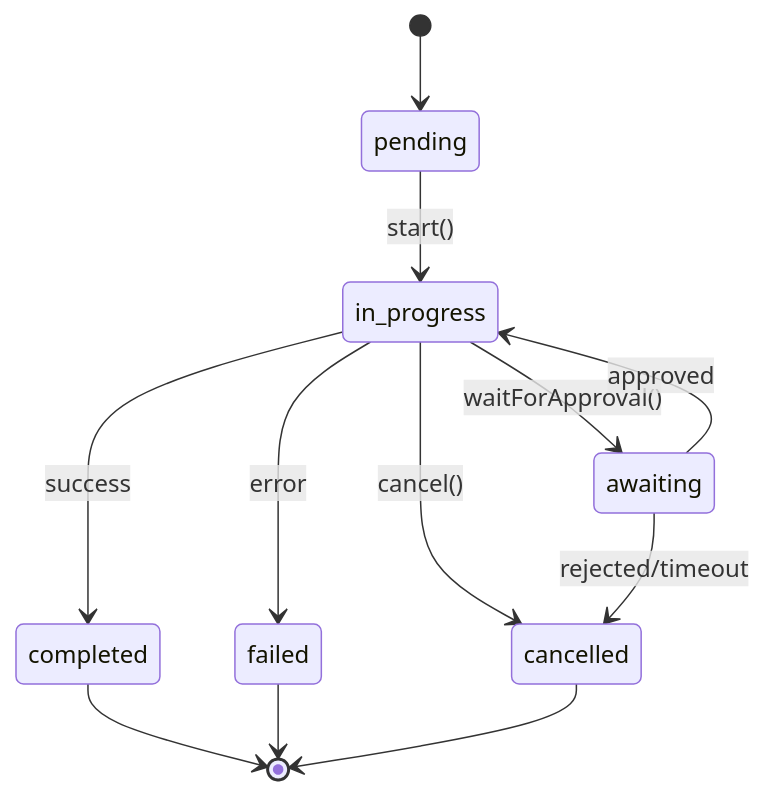
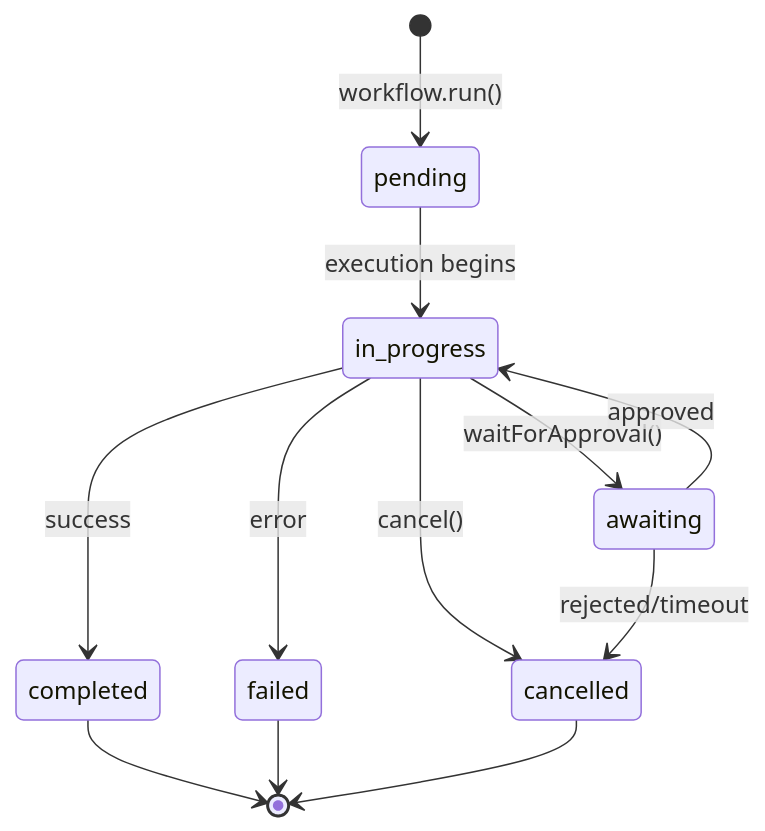
One commit to synerops/osprotocol changed the diagram in apps/web/content/docs/runs/run.mdx. Above: the diagram before and after it, drawn with Mermaid. The commit also changed other lines of this file, not shown here.

Commit message:
docs: update run lifecycle documentation (#63)

````diff
--- a/apps/web/content/docs/runs/run.mdx
+++ b/apps/web/content/docs/runs/run.mdx
@@ -12,14 +14,14 @@
 ```mermaid
 stateDiagram-v2
-    [*] --> pending
-    pending --> in_progress: start()
+    [*] --> pending: workflow.run()
+    pending --> in_progress: execution begins
     in_progress --> awaiting: waitForApproval()
     awaiting --> in_progress: approved
     in_progress --> completed: success
     in_progress --> failed: error
     in_progress --> cancelled: cancel()
     awaiting --> cancelled: rejected/timeout
     completed --> [*]
     failed --> [*]
     cancelled --> [*]
 ```
````
